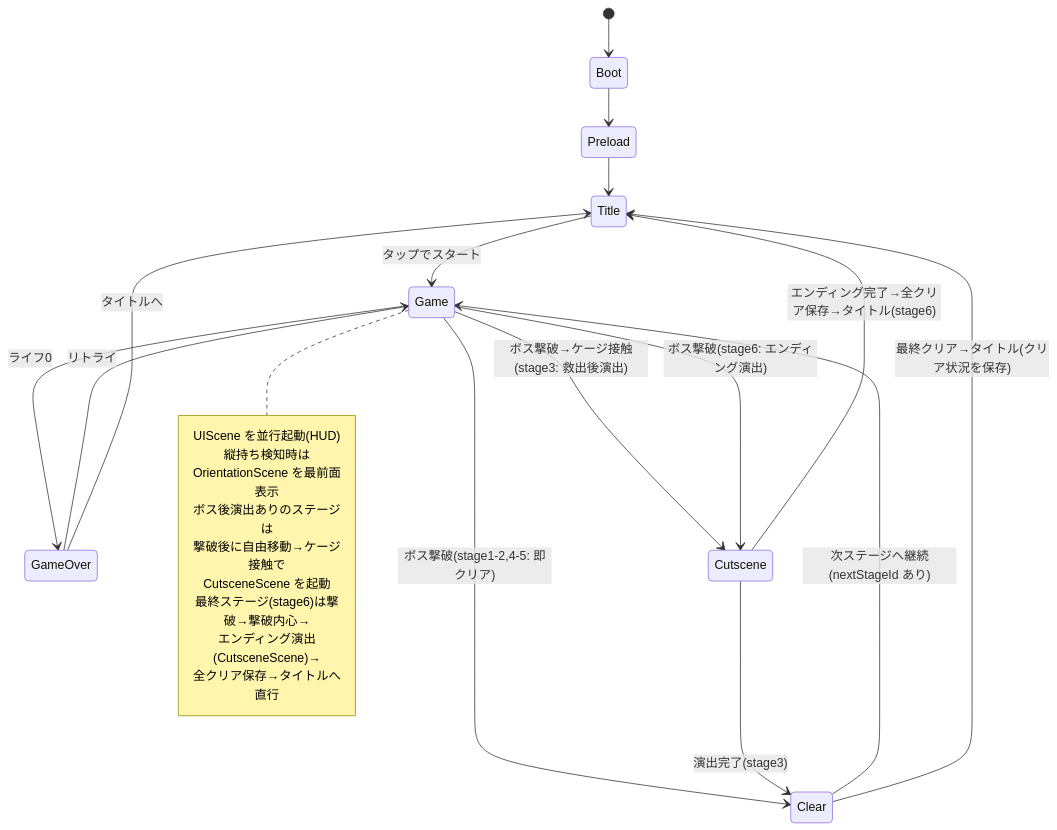
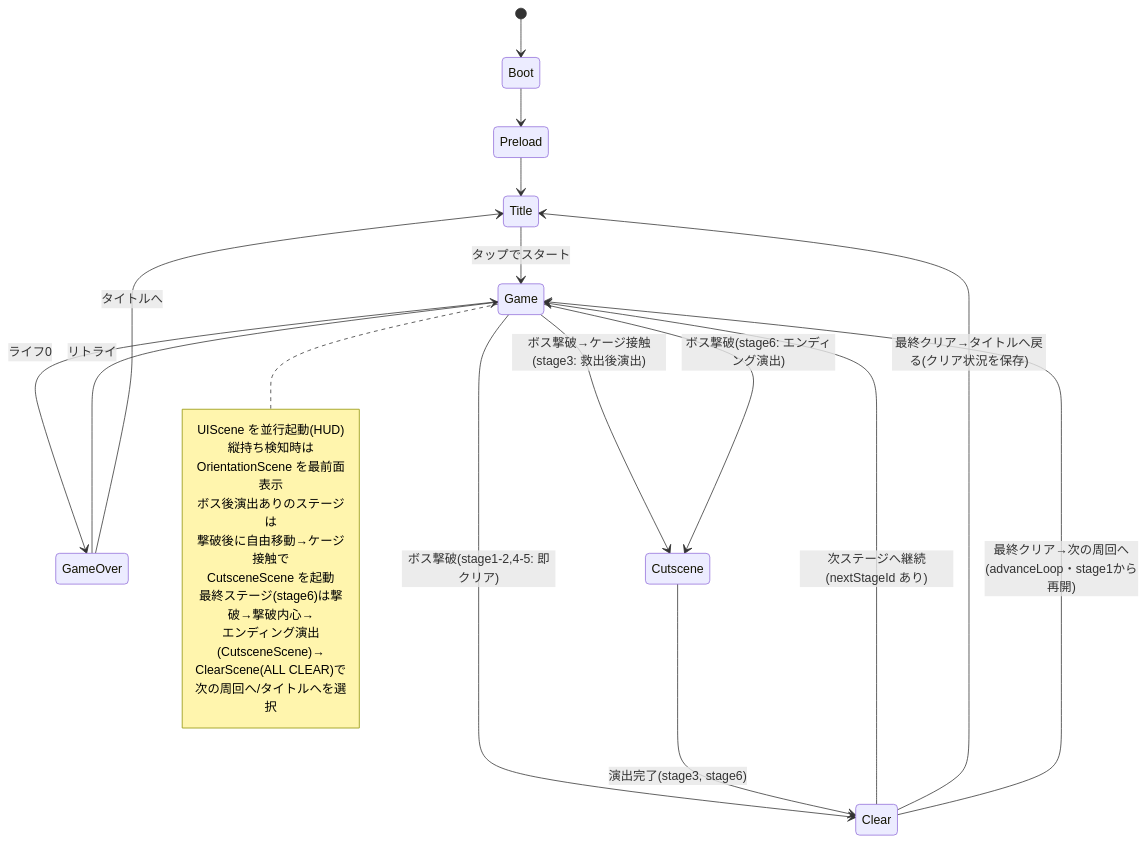
The second of 4 diagrams in docs/functional-design.md (n-yata/last-spark), drawn with Mermaid before and after one commit. The commit also changed other lines of this file and 106 other files, not shown here.

````diff
--- a/docs/functional-design.md
+++ b/docs/functional-design.md
@@ -432,29 +436,30 @@
 ```mermaid
 stateDiagram-v2
     [*] --> Boot
     Boot --> Preload
     Preload --> Title
     Title --> Game: タップでスタート
     Game --> GameOver: ライフ0
     Game --> Clear: ボス撃破(stage1-2,4-5: 即クリア)
     Game --> Cutscene: ボス撃破→ケージ接触(stage3: 救出後演出)
     Game --> Cutscene: ボス撃破(stage6: エンディング演出)
-    Cutscene --> Clear: 演出完了(stage3)
-    Cutscene --> Title: エンディング完了→全クリア保存→タイトル(stage6)
+    Cutscene --> Clear: 演出完了(stage3, stage6)
     GameOver --> Game: リトライ
     GameOver --> Title: タイトルへ
     Clear --> Game: 次ステージへ継続(nextStageId あり)
-    Clear --> Title: 最終クリア→タイトル(クリア状況を保存)
+    Clear --> Title: 最終クリア→タイトルへ戻る(クリア状況を保存)
+    Clear --> Game: 最終クリア→次の周回へ(advanceLoop・stage1から再開)
 
     note right of Game
         UIScene を並行起動(HUD)
         縦持ち検知時は
         OrientationScene を最前面表示
         ボス後演出ありのステージは
         撃破後に自由移動→ケージ接触で
         CutsceneScene を起動
         最終ステージ(stage6)は撃破→撃破内心→
         エンディング演出(CutsceneScene)→
-        全クリア保存→タイトルへ直行
+        ClearScene(ALL CLEAR)で
+        次の周回へ/タイトルへを選択
     end note
 ```
````
